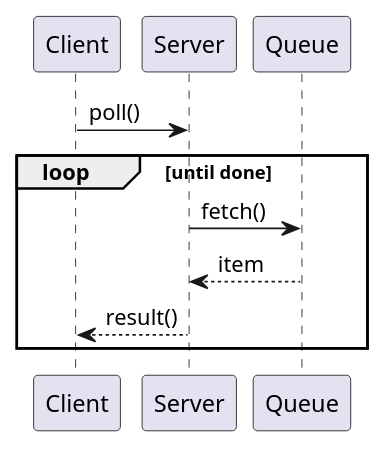
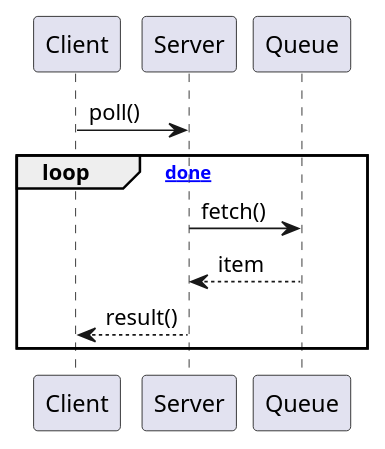
Before and after one commit to kieranpotts/cheats: the seventh of 7 diagrams in src/modeling/uml/sequence-diagrams.adoc, drawn with PlantUML. The commit also changed other lines of this file and 13 other files, not shown here.

```diff
--- a/src/modeling/uml/sequence-diagrams.adoc
+++ b/src/modeling/uml/sequence-diagrams.adoc
@@ -237,9 +236,9 @@
 [plantuml]
 ....
 Client -> Server : poll()
-loop until done
+loop [not done]
   Server -> Queue : fetch()
   Queue --> Server : item
   Server --> Client : result()
 end
 ....
```
